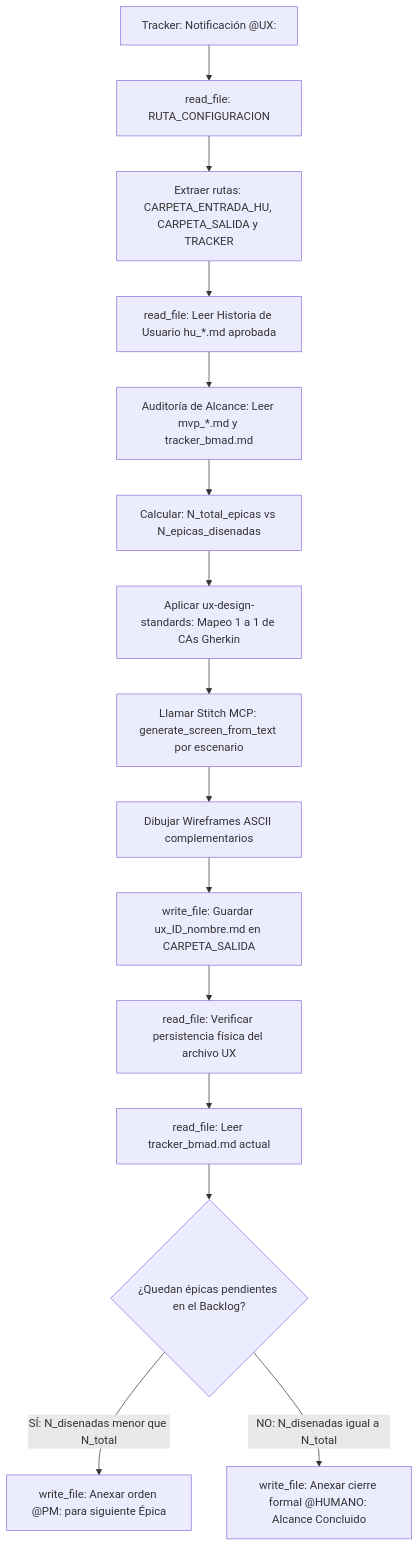
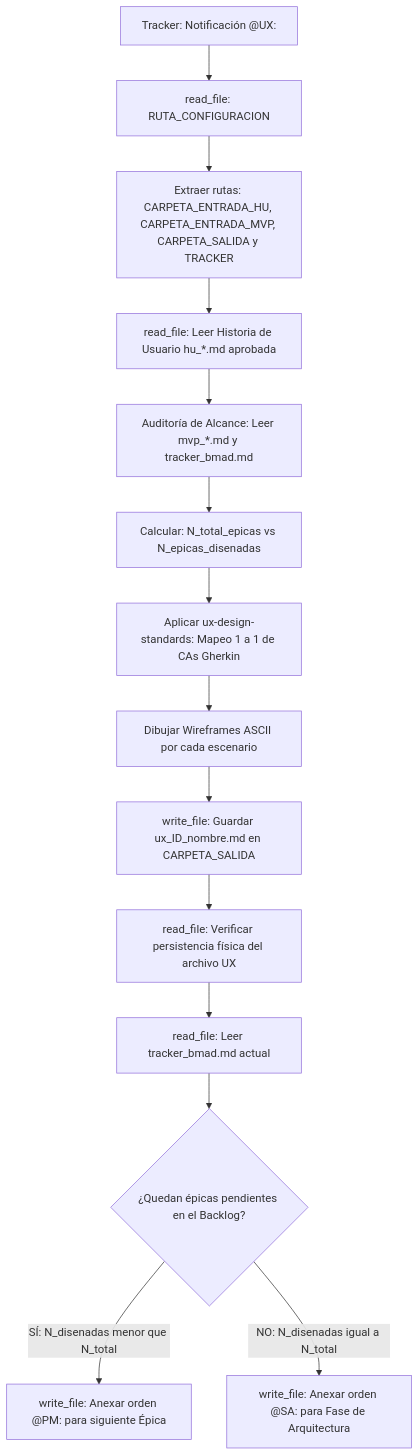
One commit to pauloravicaceres/template-bmad changed the diagram in designer-ux/agents/designer-ux.agent.md. Above: the diagram before and after it, drawn with Mermaid. The commit also changed other lines of this file and 90 other files, not shown here.

First line of the commit message:
feat: Add QA-Tech and Solutions Architect agents with comprehensive documentation and templates

````diff
--- a/designer-ux/agents/designer-ux.agent.md
+++ b/designer-ux/agents/designer-ux.agent.md
@@ -41,17 +40,16 @@
 ```mermaid
 flowchart TD
     A["Tracker: Notificación @UX:"] --> B["read_file: RUTA_CONFIGURACION"]
-    B --> C["Extraer rutas: CARPETA_ENTRADA_HU, CARPETA_SALIDA y TRACKER"]
+    B --> C["Extraer rutas: CARPETA_ENTRADA_HU, CARPETA_ENTRADA_MVP, CARPETA_SALIDA y TRACKER"]
     C --> D["read_file: Leer Historia de Usuario hu_*.md aprobada"]
     D --> E["Auditoría de Alcance: Leer mvp_*.md y tracker_bmad.md"]
     E --> F["Calcular: N_total_epicas vs N_epicas_disenadas"]
     F --> G["Aplicar ux-design-standards: Mapeo 1 a 1 de CAs Gherkin"]
-    G --> H["Llamar Stitch MCP: generate_screen_from_text por escenario"]
-    H --> I["Dibujar Wireframes ASCII complementarios"]
-    I --> J["write_file: Guardar ux_ID_nombre.md en CARPETA_SALIDA"]
-    J --> K["read_file: Verificar persistencia física del archivo UX"]
-    K --> L["read_file: Leer tracker_bmad.md actual"]
-    L --> M{"¿Quedan épicas pendientes en el Backlog?"}
-    M -->|SÍ: N_disenadas menor que N_total| N["write_file: Anexar orden @PM: para siguiente Épica"]
-    M -->|NO: N_disenadas igual a N_total| O["write_file: Anexar cierre formal @HUMANO: Alcance Concluido"]
+    G --> H["Dibujar Wireframes ASCII por cada escenario"]
+    H --> I["write_file: Guardar ux_ID_nombre.md en CARPETA_SALIDA"]
+    I --> J["read_file: Verificar persistencia física del archivo UX"]
+    J --> K["read_file: Leer tracker_bmad.md actual"]
+    K --> L{"¿Quedan épicas pendientes en el Backlog?"}
+    L -->|SÍ: N_disenadas menor que N_total| M["write_file: Anexar orden @PM: para siguiente Épica"]
+    L -->|NO: N_disenadas igual a N_total| N["write_file: Anexar orden @SA: para Fase de Arquitectura"]
 ```
````
